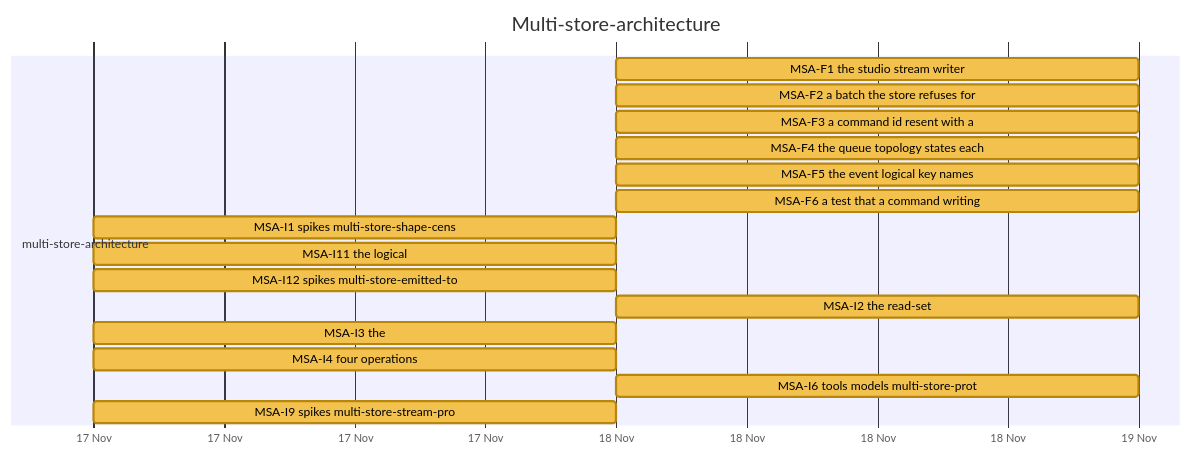
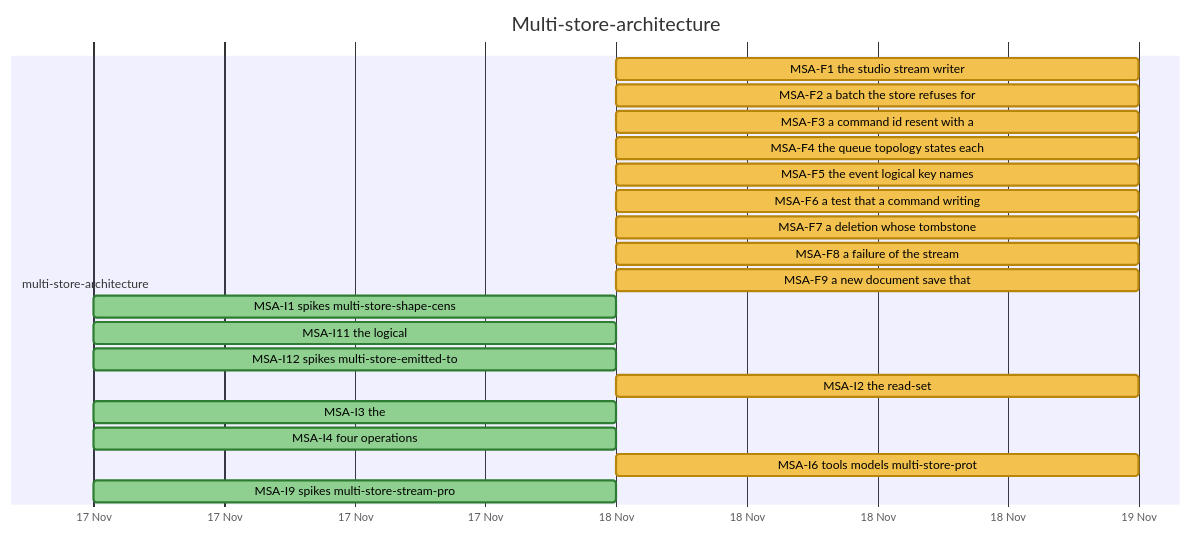
Diagram 11 of 32 in docs/developer/ROADMAP.md (nebularis/lattice), drawn with Mermaid before and after one commit. The commit also changed other lines of this file and 1 other file, not shown here.

First line of the commit message:
Hand off MSA-F7 to MSA-F9 and MSA-I2's rework

````diff
--- a/docs/developer/ROADMAP.md
+++ b/docs/developer/ROADMAP.md
@@ -364,22 +364,25 @@
 ```mermaid
 %%{init: {"themeVariables": {"taskBkgColor": "#f2c14e", "taskBorderColor": "#b8860b", "taskTextColor": "#000000", "activeTaskBkgColor": "#4e9af1", "activeTaskBorderColor": "#1f5fbf", "activeTaskBorderColor": "#1f5fbf", "doneTaskBkgColor": "#8fcf8f", "doneTaskBorderColor": "#2f7d32", "critBkgColor": "#f28b82", "critBorderColor": "#b23a30", "taskTextDarkColor": "#000000", "taskTextLightColor": "#000000"}}}%%
 gantt
     title Multi-store-architecture
     dateFormat YYYY-MM-DD
     axisFormat %d %b
     section multi-store-architecture
     MSA-F1 the studio stream writer :msaf1, 2026-11-18, 2026-11-19
     MSA-F2 a batch the store refuses for :msaf2, 2026-11-18, 2026-11-19
     MSA-F3 a command id resent with a :msaf3, 2026-11-18, 2026-11-19
     MSA-F4 the queue topology states each :msaf4, 2026-11-18, 2026-11-19
     MSA-F5 the event logical key names :msaf5, 2026-11-18, 2026-11-19
     MSA-F6 a test that a command writing :msaf6, 2026-11-18, 2026-11-19
-    MSA-I1 spikes multi-store-shape-cens :msai1, 2026-11-17, 2026-11-18
-    MSA-I11 the logical :msai11, 2026-11-17, 2026-11-18
-    MSA-I12 spikes multi-store-emitted-to :msai12, 2026-11-17, 2026-11-18
+    MSA-F7 a deletion whose tombstone :msaf7, 2026-11-18, 2026-11-19
+    MSA-F8 a failure of the stream :msaf8, 2026-11-18, 2026-11-19
+    MSA-F9 a new document save that :msaf9, 2026-11-18, 2026-11-19
+    MSA-I1 spikes multi-store-shape-cens :done, msai1, 2026-11-17, 2026-11-18
+    MSA-I11 the logical :done, msai11, 2026-11-17, 2026-11-18
+    MSA-I12 spikes multi-store-emitted-to :done, msai12, 2026-11-17, 2026-11-18
     MSA-I2 the read-set :msai2, 2026-11-18, 2026-11-19
-    MSA-I3 the :msai3, 2026-11-17, 2026-11-18
-    MSA-I4 four operations :msai4, 2026-11-17, 2026-11-18
+    MSA-I3 the :done, msai3, 2026-11-17, 2026-11-18
+    MSA-I4 four operations :done, msai4, 2026-11-17, 2026-11-18
     MSA-I6 tools models multi-store-prot :msai6, 2026-11-18, 2026-11-19
-    MSA-I9 spikes multi-store-stream-pro :msai9, 2026-11-17, 2026-11-18
+    MSA-I9 spikes multi-store-stream-pro :done, msai9, 2026-11-17, 2026-11-18
 ```
````
